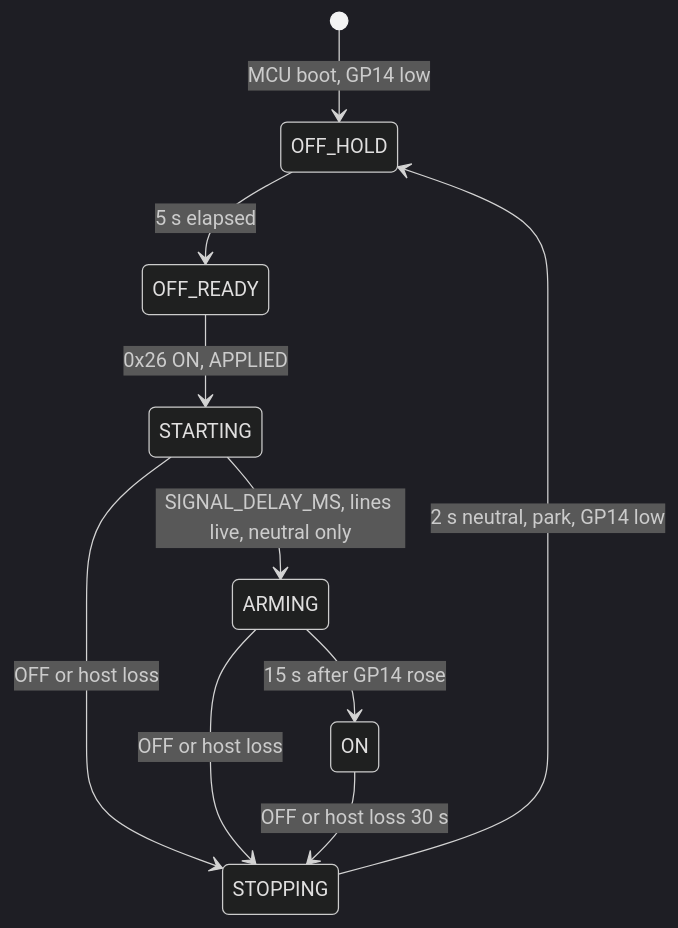
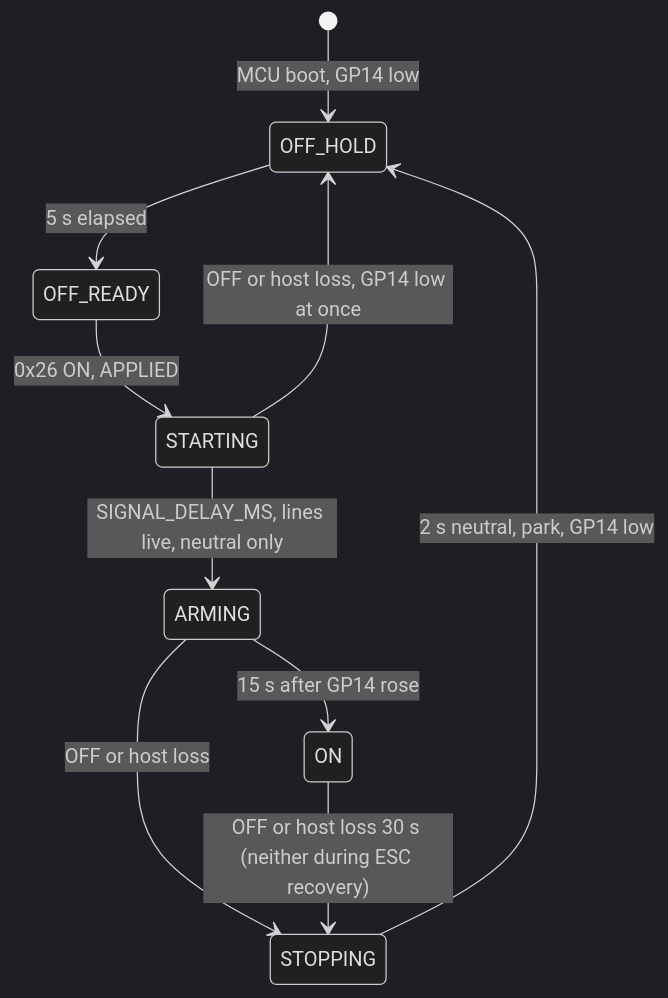
One commit to Tropaion/Manafish_Mainboard changed the diagram in docs/wiki/08-Crosscutting-Concepts.md. Above: the diagram before and after it, drawn with Mermaid (dark theme). The commit also changed other lines of this file and 42 other files, not shown here.

````diff
--- a/docs/wiki/08-Crosscutting-Concepts.md
+++ b/docs/wiki/08-Crosscutting-Concepts.md
@@ -34,12 +34,12 @@
 ```mermaid
 stateDiagram-v2
     [*] --> OFF_HOLD: MCU boot, GP14 low
     OFF_HOLD --> OFF_READY: 5 s elapsed
     OFF_READY --> STARTING: 0x26 ON, APPLIED
     STARTING --> ARMING: SIGNAL_DELAY_MS, lines live, neutral only
     ARMING --> ON: 15 s after GP14 rose
-    STARTING --> STOPPING: OFF or host loss
+    STARTING --> OFF_HOLD: OFF or host loss, GP14 low at once
     ARMING --> STOPPING: OFF or host loss
-    ON --> STOPPING: OFF or host loss 30 s
+    ON --> STOPPING: OFF or host loss 30 s (neither during ESC recovery)
     STOPPING --> OFF_HOLD: 2 s neutral, park, GP14 low
 ```
````
